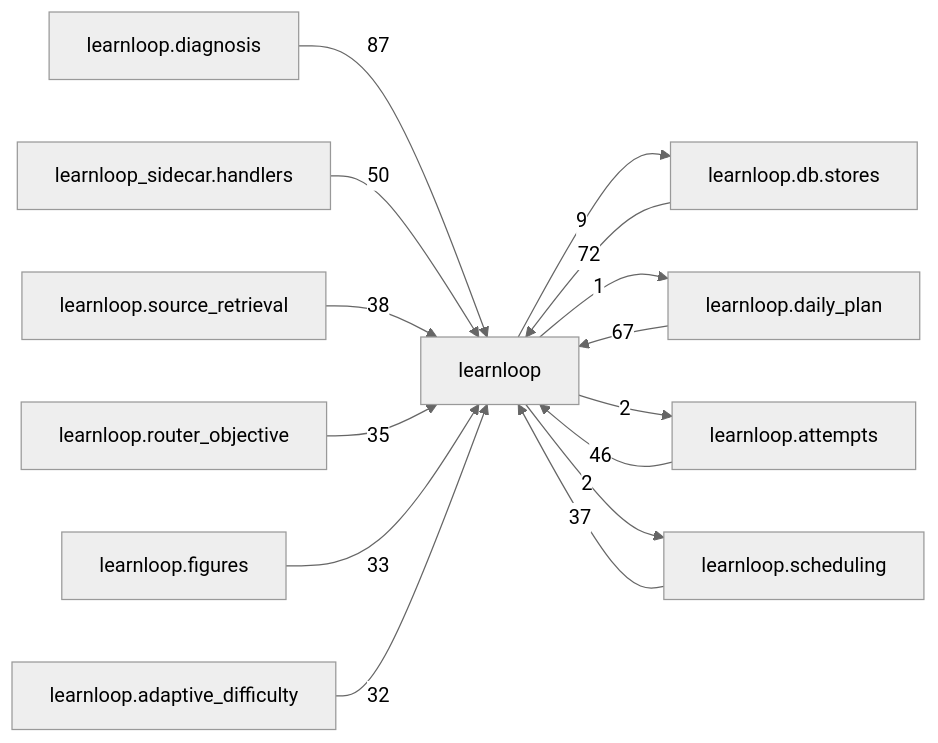
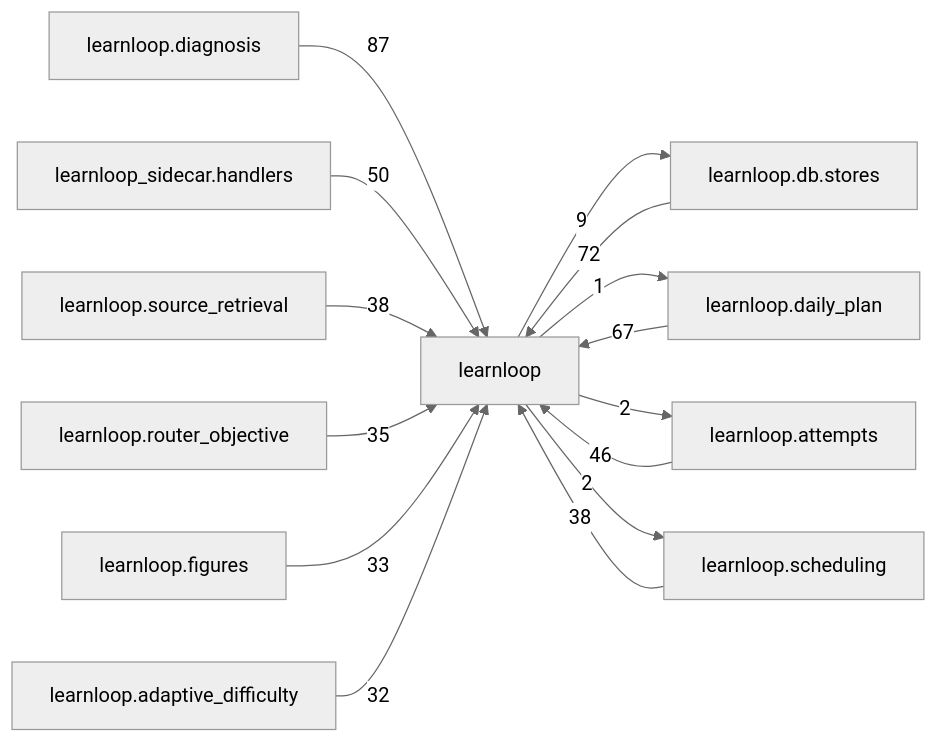
One commit to 6up-b/learnanything changed the diagram in docs/learnloop-architecture-vault/Reference/Modules/learnloop/_package.md. Above: the diagram before and after it, drawn with Mermaid (neutral theme). The commit also changed other lines of this file and 122 other files, not shown here.

````diff
--- a/docs/learnloop-architecture-vault/Reference/Modules/learnloop/_package.md
+++ b/docs/learnloop-architecture-vault/Reference/Modules/learnloop/_package.md
@@ -263,28 +263,28 @@
 ```mermaid
 flowchart LR
     center["learnloop"]
     n_learnloop_diagnosis["learnloop.diagnosis"]
     n_learnloop_db_stores["learnloop.db.stores"]
     n_learnloop_daily_plan["learnloop.daily_plan"]
     n_learnloop_sidecar_handlers["learnloop_sidecar.handlers"]
     n_learnloop_attempts["learnloop.attempts"]
     n_learnloop_scheduling["learnloop.scheduling"]
     n_learnloop_source_retrieval["learnloop.source_retrieval"]
     n_learnloop_router_objective["learnloop.router_objective"]
     n_learnloop_figures["learnloop.figures"]
     n_learnloop_adaptive_difficulty["learnloop.adaptive_difficulty"]
     n_learnloop_diagnosis -->|87| center
     n_learnloop_db_stores -->|72| center
     center -->|9| n_learnloop_db_stores
     n_learnloop_daily_plan -->|67| center
     center -->|1| n_learnloop_daily_plan
     n_learnloop_sidecar_handlers -->|50| center
     n_learnloop_attempts -->|46| center
     center -->|2| n_learnloop_attempts
-    n_learnloop_scheduling -->|37| center
+    n_learnloop_scheduling -->|38| center
     center -->|2| n_learnloop_scheduling
     n_learnloop_source_retrieval -->|38| center
     n_learnloop_router_objective -->|35| center
     n_learnloop_figures -->|33| center
     n_learnloop_adaptive_difficulty -->|32| center
 ```
````
